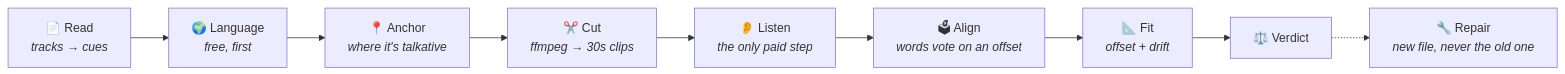
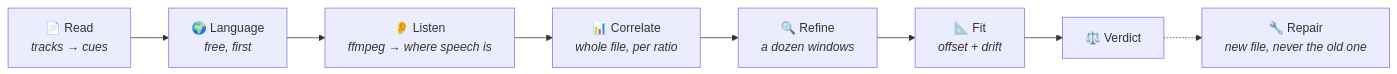
The diagram in README.md (nitramivel/jellyfin-cicerone), drawn with Mermaid before and after one commit. The commit also changed other lines of this file and 20 other files, not shown here.

````diff
--- a/README.md
+++ b/README.md
@@ -31,11 +33,10 @@
 ```mermaid
 flowchart LR
     A["📄 Read<br/><i>tracks → cues</i>"] --> B["🌍 Language<br/><i>free, first</i>"]
-    B --> C["📍 Anchor<br/><i>where it's talkative</i>"]
-    C --> D["✂️ Cut<br/><i>ffmpeg → 30s clips</i>"]
-    D --> E["👂 Listen<br/><i>the only paid step</i>"]
-    E --> F["🗳 Align<br/><i>words vote on an offset</i>"]
-    F --> G["📐 Fit<br/><i>offset + drift</i>"]
-    G --> H["⚖️ Verdict"]
-    H -.-> I["🔧 Repair<br/><i>new file, never the old one</i>"]
+    B --> C["👂 Listen<br/><i>ffmpeg → where speech is</i>"]
+    C --> D["📊 Correlate<br/><i>whole file, per ratio</i>"]
+    D --> E["🔍 Refine<br/><i>a dozen windows</i>"]
+    E --> F["📐 Fit<br/><i>offset + drift</i>"]
+    F --> G["⚖️ Verdict"]
+    G -.-> H["🔧 Repair<br/><i>new file, never the old one</i>"]
 ```
````
